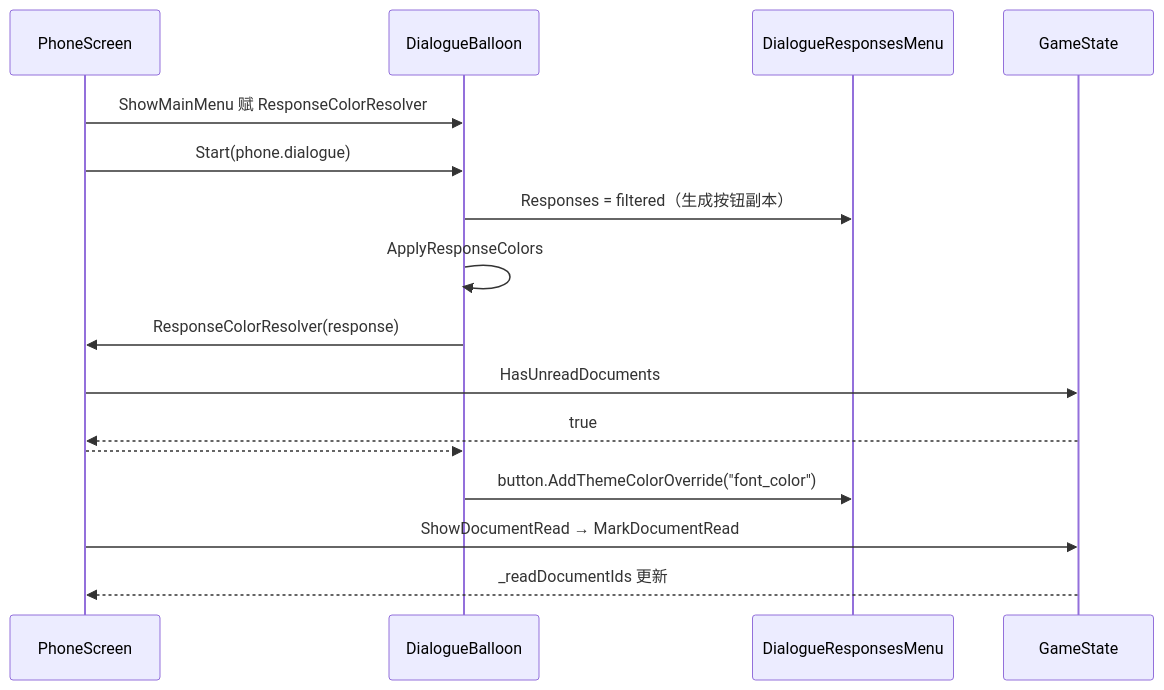
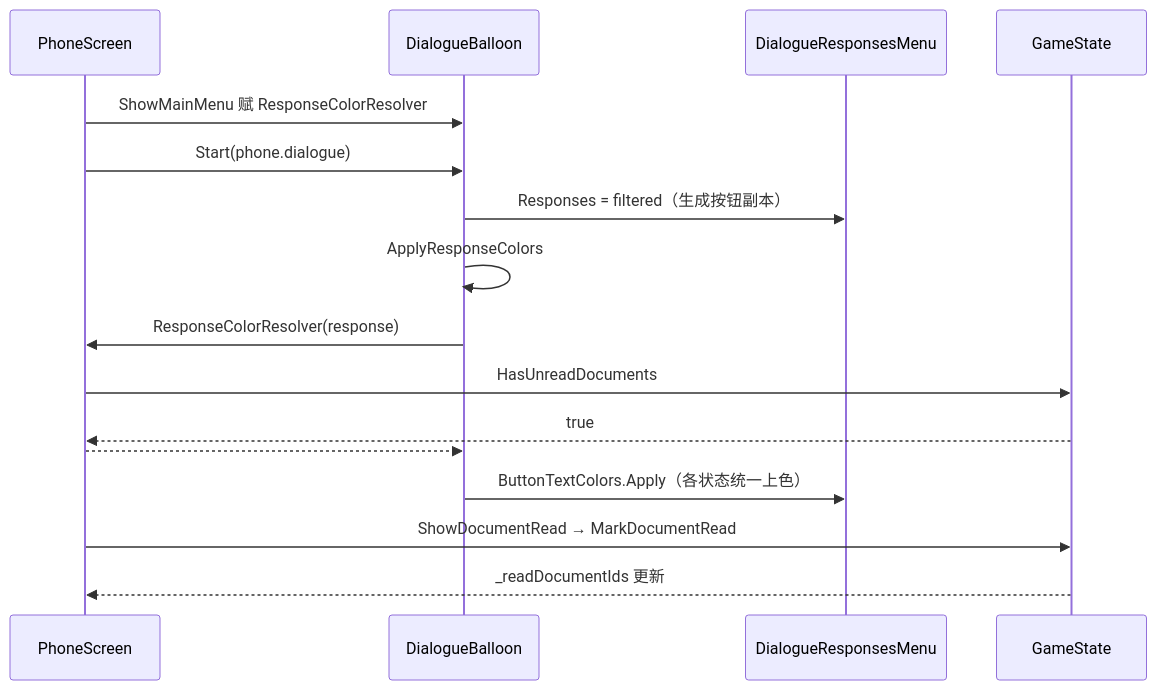
Before and after one commit to Yumihoshi/pandagj-2026: the third of 3 diagrams in docs/superpowers/specs/2026-11-07-phone-unread-highlight-design.md, drawn with Mermaid. The commit also changed other lines of this file and 5 other files, not shown here.

````diff
--- a/docs/superpowers/specs/2026-11-07-phone-unread-highlight-design.md
+++ b/docs/superpowers/specs/2026-11-07-phone-unread-highlight-design.md
@@ -80,20 +80,20 @@
 ```mermaid
 sequenceDiagram
     participant PS as PhoneScreen
     participant DB as DialogueBalloon
     participant RM as DialogueResponsesMenu
     participant GS as GameState
 
     PS->>DB: ShowMainMenu 赋 ResponseColorResolver
     PS->>DB: Start(phone.dialogue)
     DB->>RM: Responses = filtered（生成按钮副本）
     DB->>DB: ApplyResponseColors
     DB->>PS: ResponseColorResolver(response)
     PS->>GS: HasUnreadDocuments
     GS-->>PS: true
     PS-->>DB: #ffd866
-    DB->>RM: button.AddThemeColorOverride("font_color")
+    DB->>RM: ButtonTextColors.Apply（各状态统一上色）
 
     PS->>GS: ShowDocumentRead → MarkDocumentRead
     GS-->>PS: _readDocumentIds 更新
 ```
````
